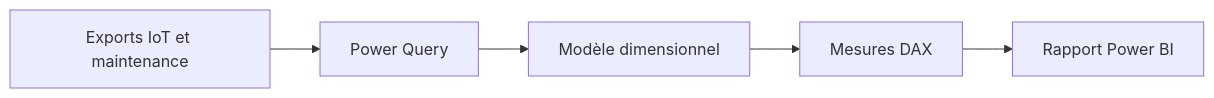
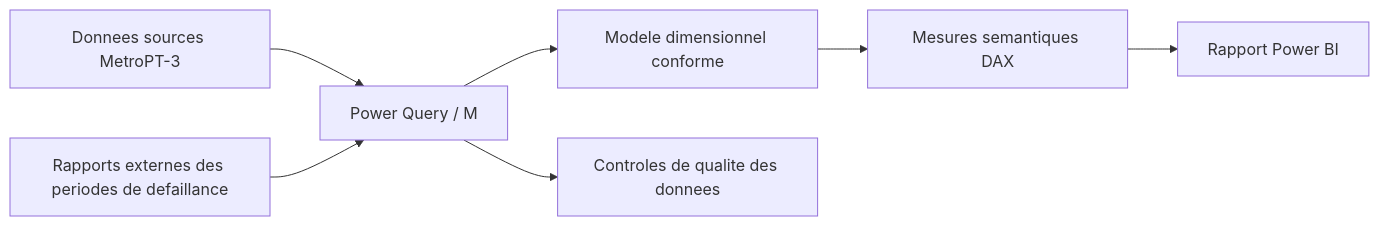
The diagram in README.md (saadshr/smart-industrial-maintenance-bi), drawn with Mermaid before and after one commit. The commit also changed other lines of this file, not shown here.

Commit message:
docs: initialize industrial maintenance BI README

````diff
--- a/README.md
+++ b/README.md
@@ -13,7 +74,9 @@
-```mermaid
+~~~mermaid
 flowchart LR
-    A[Exports IoT et maintenance] --> B[Power Query]
-    B --> C[Modèle dimensionnel]
-    C --> D[Mesures DAX]
-    D --> E[Rapport Power BI]
-```
+    A[Donnees sources MetroPT-3] --> B[Power Query / M]
+    E[Rapports externes des periodes de defaillance] --> B
+    B --> C[Modele dimensionnel conforme]
+    C --> D[Mesures semantiques DAX]
+    D --> F[Rapport Power BI]
+    B --> G[Controles de qualite des donnees]
+~~~
````
